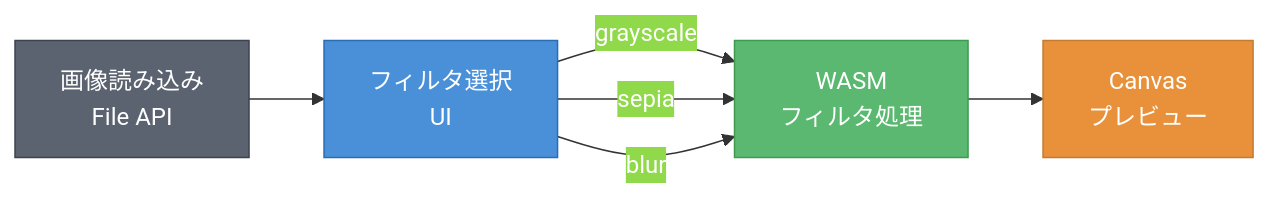
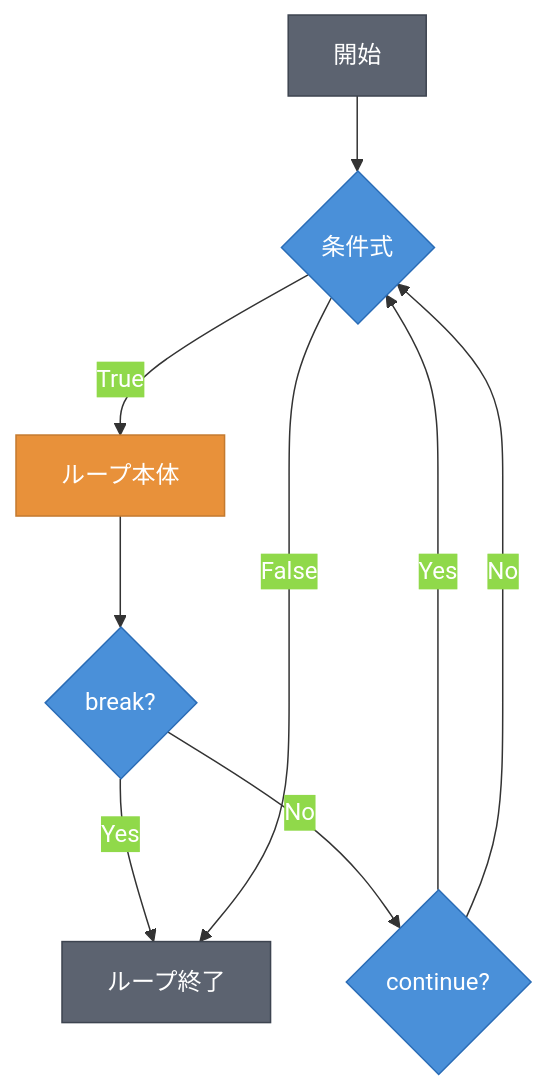
The third of 4 diagrams in manuscript/ch03/ch03.md (sogawa-yk/claude-code-book-write-template-test), drawn with Mermaid before and after one commit. The commit also changed other lines of this file and 5 other files, not shown here.

````diff
--- a/manuscript/ch03/ch03.md
+++ b/manuscript/ch03/ch03.md
@@ -173,14 +123,17 @@
 ```mermaid
 %%{init: {'theme': 'base', 'themeVariables': {'primaryColor': '#4A90D9', 'primaryTextColor': '#FFFFFF', 'primaryBorderColor': '#2A6CB6', 'lineColor': '#333333', 'textColor': '#1A1A1A', 'background': 'transparent'}}}%%
-graph LR
-    A["画像読み込み<br/>File API"]:::user --> B["フィルタ選択<br/>UI"]:::main
-    B -->|"grayscale"| C["WASM<br/>フィルタ処理"]:::tool
-    B -->|"sepia"| C
-    B -->|"blur"| C
-    C --> D["Canvas<br/>プレビュー"]:::sub
+flowchart TD
+    Start[開始]:::user --> Check{条件式}:::main
+    Check -->|True| Body[ループ本体]:::sub
+    Body --> BK{break?}:::main
+    BK -->|Yes| End[ループ終了]:::user
+    BK -->|No| CT{continue?}:::main
+    CT -->|Yes| Check
+    CT -->|No| Check
+    Check -->|False| End
 
     classDef main fill:#4A90D9,stroke:#2A6CB6,color:#FFFFFF
     classDef sub fill:#E8913A,stroke:#C47A2F,color:#FFFFFF
     classDef tool fill:#5BB870,stroke:#3D9A50,color:#FFFFFF
     classDef user fill:#5C6370,stroke:#3D4450,color:#FFFFFF
 ```
````
